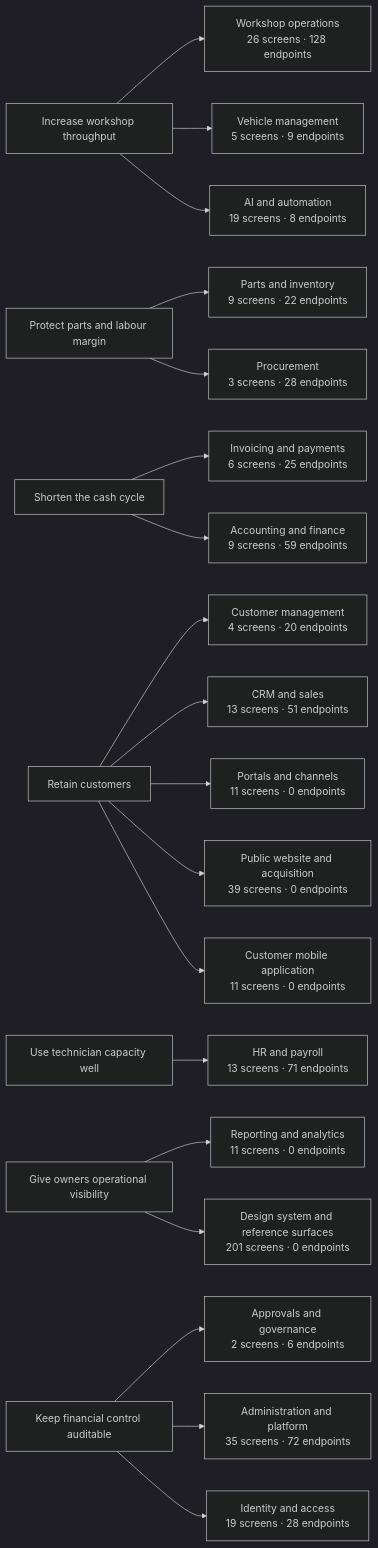
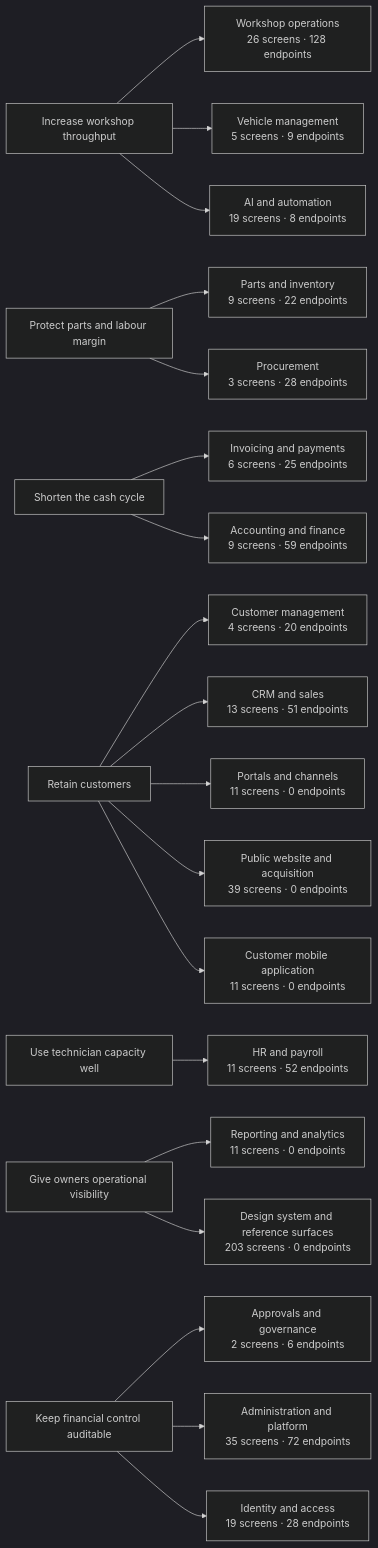
Before and after one commit to tazamohd/SlClNe: the diagram in docs/07_BUSINESS_ANALYSIS/BUSINESS_CAPABILITY_MAP.md, drawn with Mermaid (dark theme). The commit also changed other lines of this file and 33 other files, not shown here.

````diff
--- a/docs/07_BUSINESS_ANALYSIS/BUSINESS_CAPABILITY_MAP.md
+++ b/docs/07_BUSINESS_ANALYSIS/BUSINESS_CAPABILITY_MAP.md
@@ -22,46 +22,46 @@
 ```mermaid
 flowchart LR
   OBJ_THROUGHPUT["Increase workshop throughput"]
   OBJ_MARGIN["Protect parts and labour margin"]
   OBJ_CASH["Shorten the cash cycle"]
   OBJ_RETENTION["Retain customers"]
   OBJ_CAPACITY["Use technician capacity well"]
   OBJ_VISIBILITY["Give owners operational visibility"]
   OBJ_CONTROL["Keep financial control auditable"]
   CAP_WORKSHOP["Workshop operations<br/>26 screens · 128 endpoints"]
   OBJ_THROUGHPUT --> CAP_WORKSHOP
   CAP_CUSTOMERS["Customer management<br/>4 screens · 20 endpoints"]
   OBJ_RETENTION --> CAP_CUSTOMERS
   CAP_VEHICLES["Vehicle management<br/>5 screens · 9 endpoints"]
   OBJ_THROUGHPUT --> CAP_VEHICLES
   CAP_INVENTORY["Parts and inventory<br/>9 screens · 22 endpoints"]
   OBJ_MARGIN --> CAP_INVENTORY
   CAP_PROCUREMENT["Procurement<br/>3 screens · 28 endpoints"]
   OBJ_MARGIN --> CAP_PROCUREMENT
   CAP_BILLING["Invoicing and payments<br/>6 screens · 25 endpoints"]
   OBJ_CASH --> CAP_BILLING
   CAP_ACCOUNTING["Accounting and finance<br/>9 screens · 59 endpoints"]
   OBJ_CASH --> CAP_ACCOUNTING
-  CAP_HR["HR and payroll<br/>13 screens · 71 endpoints"]
+  CAP_HR["HR and payroll<br/>11 screens · 52 endpoints"]
   OBJ_CAPACITY --> CAP_HR
   CAP_CRM["CRM and sales<br/>13 screens · 51 endpoints"]
   OBJ_RETENTION --> CAP_CRM
   CAP_REPORTING["Reporting and analytics<br/>11 screens · 0 endpoints"]
   OBJ_VISIBILITY --> CAP_REPORTING
   CAP_GOVERNANCE["Approvals and governance<br/>2 screens · 6 endpoints"]
   OBJ_CONTROL --> CAP_GOVERNANCE
   CAP_PORTALS["Portals and channels<br/>11 screens · 0 endpoints"]
   OBJ_RETENTION --> CAP_PORTALS
   CAP_AI["AI and automation<br/>19 screens · 8 endpoints"]
   OBJ_THROUGHPUT --> CAP_AI
   CAP_PLATFORM["Administration and platform<br/>35 screens · 72 endpoints"]
   OBJ_CONTROL --> CAP_PLATFORM
   CAP_IDENTITY["Identity and access<br/>19 screens · 28 endpoints"]
   OBJ_CONTROL --> CAP_IDENTITY
   CAP_WEBSITE["Public website and acquisition<br/>39 screens · 0 endpoints"]
   OBJ_RETENTION --> CAP_WEBSITE
   CAP_CUSTOMERAPP["Customer mobile application<br/>11 screens · 0 endpoints"]
   OBJ_RETENTION --> CAP_CUSTOMERAPP
-  CAP_DESIGNSYSTEM["Design system and reference surfaces<br/>201 screens · 0 endpoints"]
+  CAP_DESIGNSYSTEM["Design system and reference surfaces<br/>203 screens · 0 endpoints"]
   OBJ_VISIBILITY --> CAP_DESIGNSYSTEM
 ```
````
